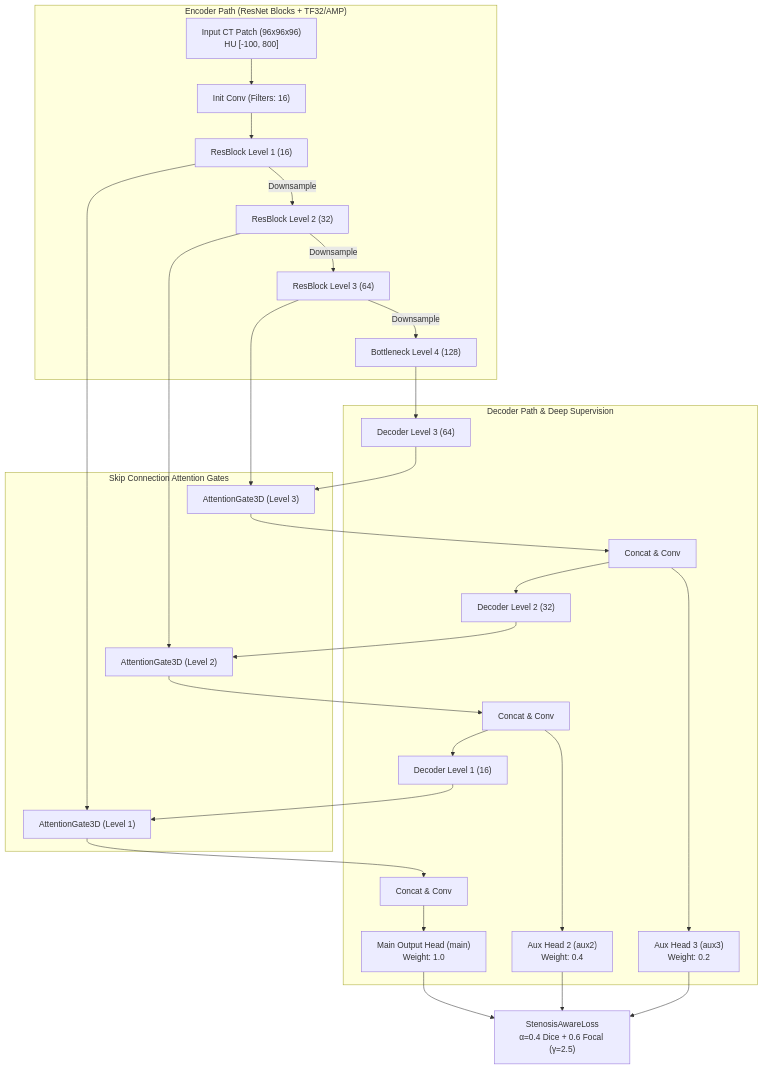
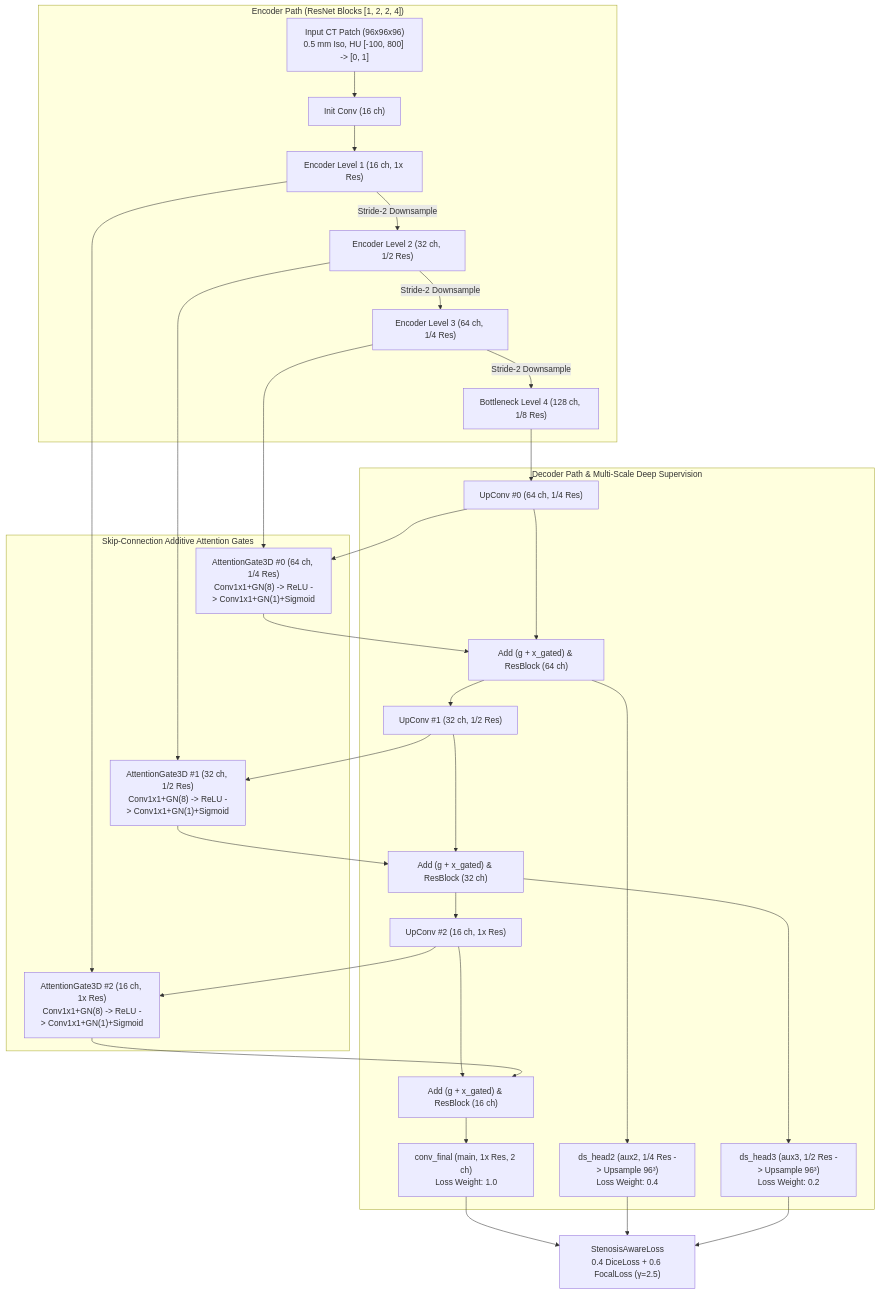
Before and after one commit to DigontaDas/Efficient-3D-Tiled-CNN-Architecture: the diagram in README.md, drawn with Mermaid. The commit also changed other lines of this file and 76 other files, not shown here.

````diff
--- a/README.md
+++ b/README.md
@@ -31,41 +38,43 @@
 ```mermaid
 graph TD
-    subgraph "Encoder Path (ResNet Blocks + TF32/AMP)"
-        E0["Input CT Patch (96x96x96)<br/>HU [-100, 800]"] --> E1["Init Conv (Filters: 16)"]
-        E1 --> E2["ResBlock Level 1 (16)"]
-        E2 -->|Downsample| E3["ResBlock Level 2 (32)"]
-        E3 -->|Downsample| E4["ResBlock Level 3 (64)"]
-        E4 -->|Downsample| E5["Bottleneck Level 4 (128)"]
+    subgraph "Encoder Path (ResNet Blocks [1, 2, 2, 4])"
+        E0["Input CT Patch (96x96x96)<br/>0.5 mm Iso, HU [-100, 800] -> [0, 1]"] --> E1["Init Conv (16 ch)"]
+        E1 --> E2["Encoder Level 1 (16 ch, 1x Res)"]
+        E2 -->|Stride-2 Downsample| E3["Encoder Level 2 (32 ch, 1/2 Res)"]
+        E3 -->|Stride-2 Downsample| E4["Encoder Level 3 (64 ch, 1/4 Res)"]
+        E4 -->|Stride-2 Downsample| E5["Bottleneck Level 4 (128 ch, 1/8 Res)"]
     end
 
-    subgraph "Skip Connection Attention Gates"
-        AG3["AttentionGate3D (Level 3)"]
-        AG2["AttentionGate3D (Level 2)"]
-        AG1["AttentionGate3D (Level 1)"]
+    subgraph "Skip-Connection Additive Attention Gates"
+        AG0["AttentionGate3D #0 (64 ch, 1/4 Res)<br/>Conv1x1+GN(8) -> ReLU -> Conv1x1+GN(1)+Sigmoid"]
+        AG1["AttentionGate3D #1 (32 ch, 1/2 Res)<br/>Conv1x1+GN(8) -> ReLU -> Conv1x1+GN(1)+Sigmoid"]
+        AG2["AttentionGate3D #2 (16 ch, 1x Res)<br/>Conv1x1+GN(8) -> ReLU -> Conv1x1+GN(1)+Sigmoid"]
     end
 
-    subgraph "Decoder Path & Deep Supervision"
-        E5 --> D3["Decoder Level 3 (64)"]
-        E4 --> AG3
-        D3 --> AG3
-        AG3 --> D3_Concat["Concat & Conv"]
-        D3_Concat --> Aux3["Aux Head 3 (aux3)<br/>Weight: 0.2"]
+    subgraph "Decoder Path & Multi-Scale Deep Supervision"
+        E5 --> U0["UpConv #0 (64 ch, 1/4 Res)"]
+        E4 --> AG0
+        U0 --> AG0
+        U0 --> D0["Add (g + x_gated) & ResBlock (64 ch)"]
+        AG0 --> D0
+        D0 --> Aux2["ds_head2 (aux2, 1/4 Res -> Upsample 96³)<br/>Loss Weight: 0.4"]
 
-        D3_Concat --> D2["Decoder Level 2 (32)"]
-        E3 --> AG2
-        D2 --> AG2
-        AG2 --> D2_Concat["Concat & Conv"]
-        D2_Concat --> Aux2["Aux Head 2 (aux2)<br/>Weight: 0.4"]
+        D0 --> U1["UpConv #1 (32 ch, 1/2 Res)"]
+        E3 --> AG1
+        U1 --> AG1
+        U1 --> D1["Add (g + x_gated) & ResBlock (32 ch)"]
+        AG1 --> D1
+        D1 --> Aux3["ds_head3 (aux3, 1/2 Res -> Upsample 96³)<br/>Loss Weight: 0.2"]
 
-        D2_Concat --> D1["Decoder Level 1 (16)"]
-        E2 --> AG1
-        D1 --> AG1
-        AG1 --> D1_Concat["Concat & Conv"]
-
-        D1_Concat --> MainHead["Main Output Head (main)<br/>Weight: 1.0"]
+        D1 --> U2["UpConv #2 (16 ch, 1x Res)"]
+        E2 --> AG2
+        U2 --> AG2
+        U2 --> D2["Add (g + x_gated) & ResBlock (16 ch)"]
+        AG2 --> D2
+        D2 --> MainHead["conv_final (main, 1x Res, 2 ch)<br/>Loss Weight: 1.0"]
     end
 
-    MainHead --> Loss["StenosisAwareLoss<br/>α=0.4 Dice + 0.6 Focal (γ=2.5)"]
+    MainHead --> Loss["StenosisAwareLoss<br/>0.4 DiceLoss + 0.6 FocalLoss (γ=2.5)"]
     Aux2 --> Loss
     Aux3 --> Loss
 ```
````
